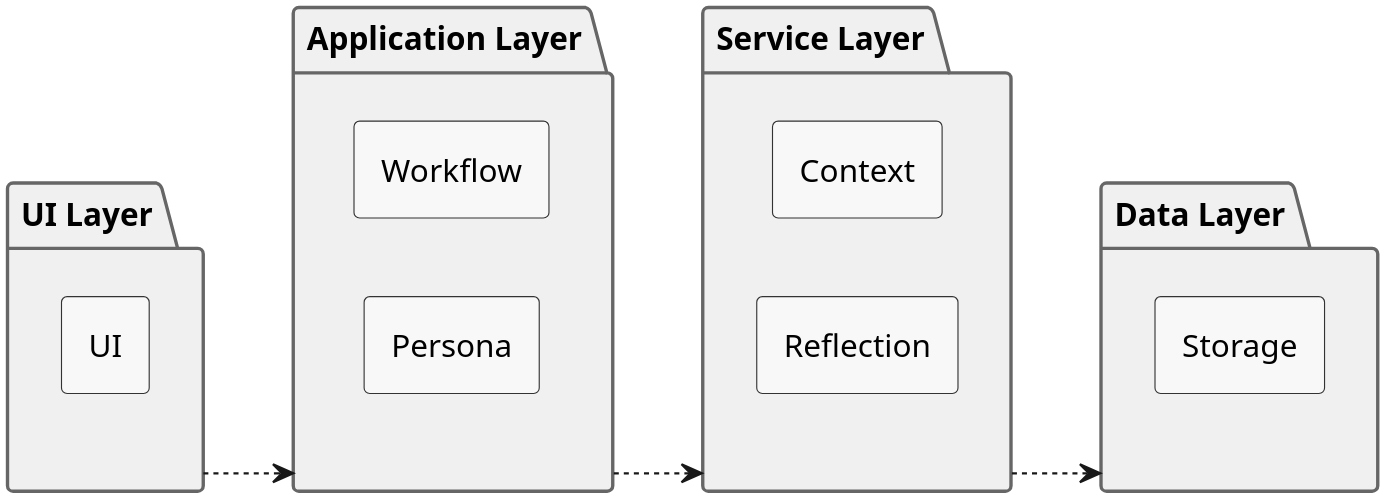
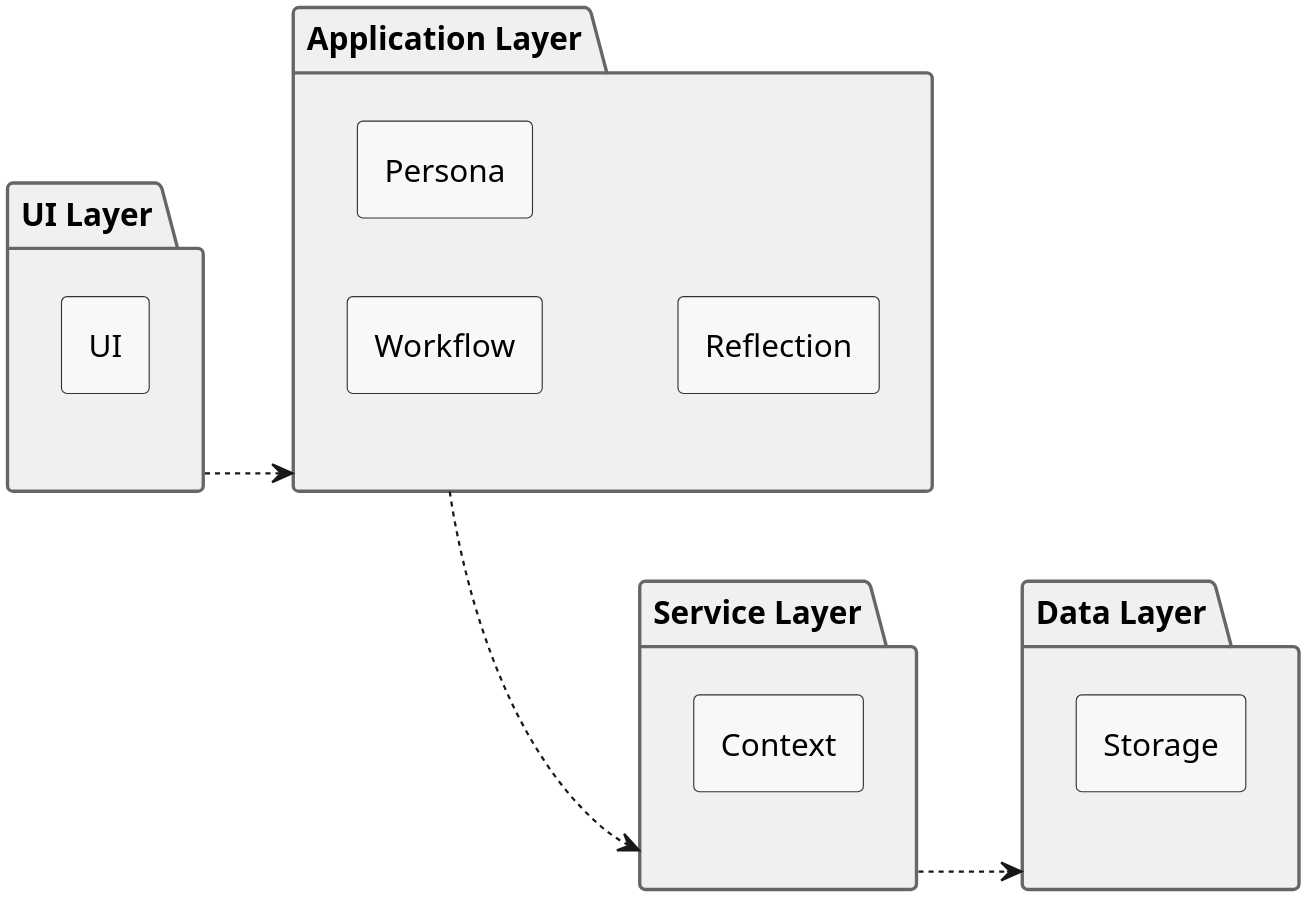
Before and after one commit to hoetaek/reflective-conversational-journal: the diagram in docs/diagrams/src/architecture-diagram.wsd, drawn with PlantUML. The commit also changed other lines of this file and 4 other files, not shown here.

Commit message:
refactor: Update architecture and sequence diagrams to correct Reflection component placement and enhance clarity

```diff
--- a/docs/diagrams/src/architecture-diagram.wsd
+++ b/docs/diagrams/src/architecture-diagram.wsd
@@ -1,46 +1,46 @@
 @startuml architecture-diagram
 skinparam defaultTextAlignment center
 skinparam dpi 300
 skinparam padding 2
 
 skinparam componentStyle rectangle
 
 skinparam package {
     BackgroundColor #F0F0F0
     BorderColor #666666
     FontSize 14
     FontStyle bold
 }
 skinparam component {
     BackgroundColor #F8F8F8
     BorderColor #333333
 }
 
 left to right direction
 
 package "UI Layer" {
     [UI] as UI
 }
 
 package "Application Layer" {
     [Workflow] as Workflow
     [Persona] as Persona
+    [Reflection] as Reflection
 }
 
 package "Service Layer" {
     [Context] as Context
-    [Reflection] as Reflection
 }
 
 package "Data Layer" {
     [Storage] as Storage
 }
 
 ' Layer Dependencies (Strict Layered Architecture)
 ' Rule: Upper layers depend on lower layers only
 "UI Layer" ..> "Application Layer"
 "Application Layer" ..> "Service Layer"
 "Service Layer" ..> "Data Layer"
 ' Note: Application Layer cannot access Data Layer directly
 
 @enduml
```
